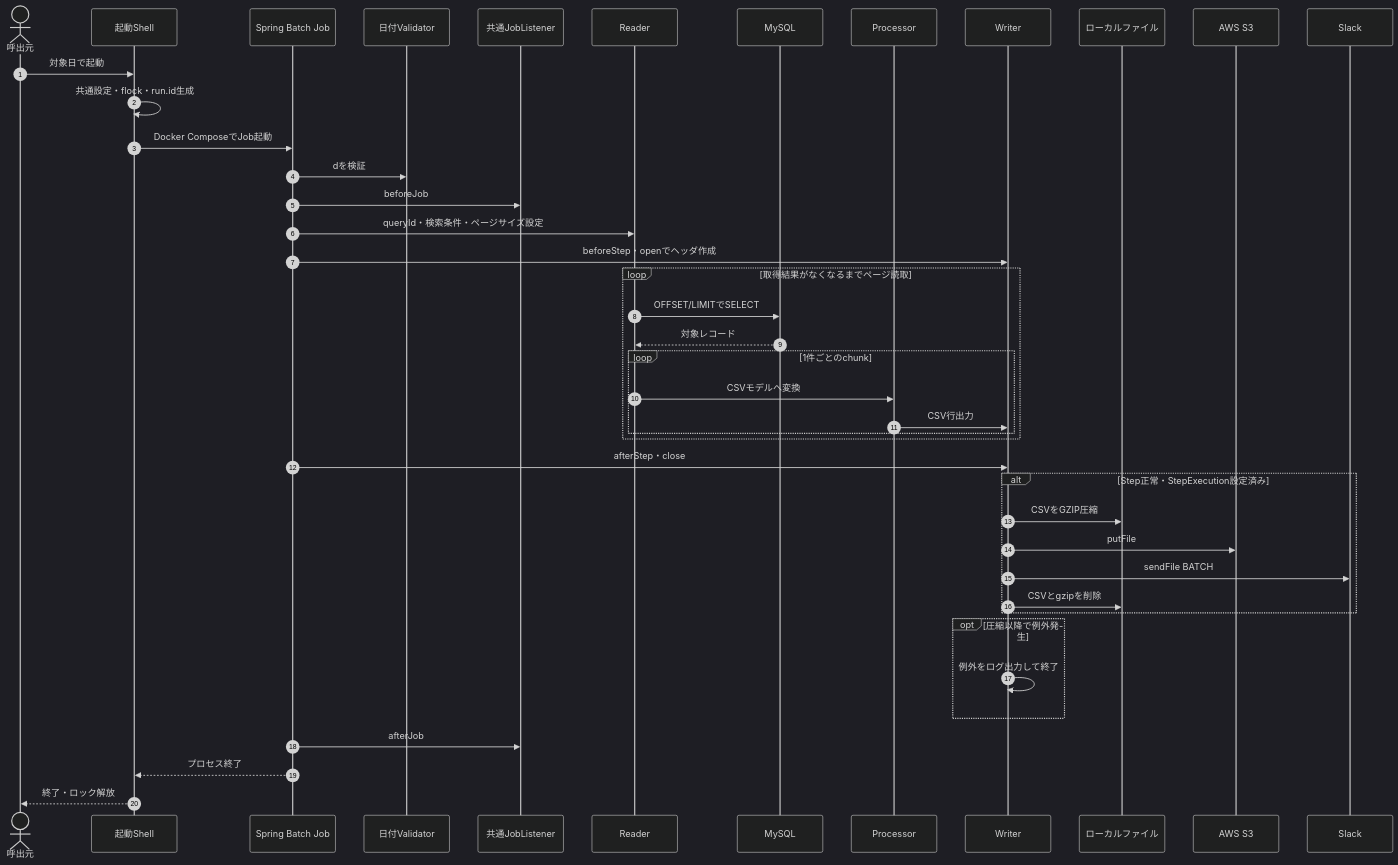
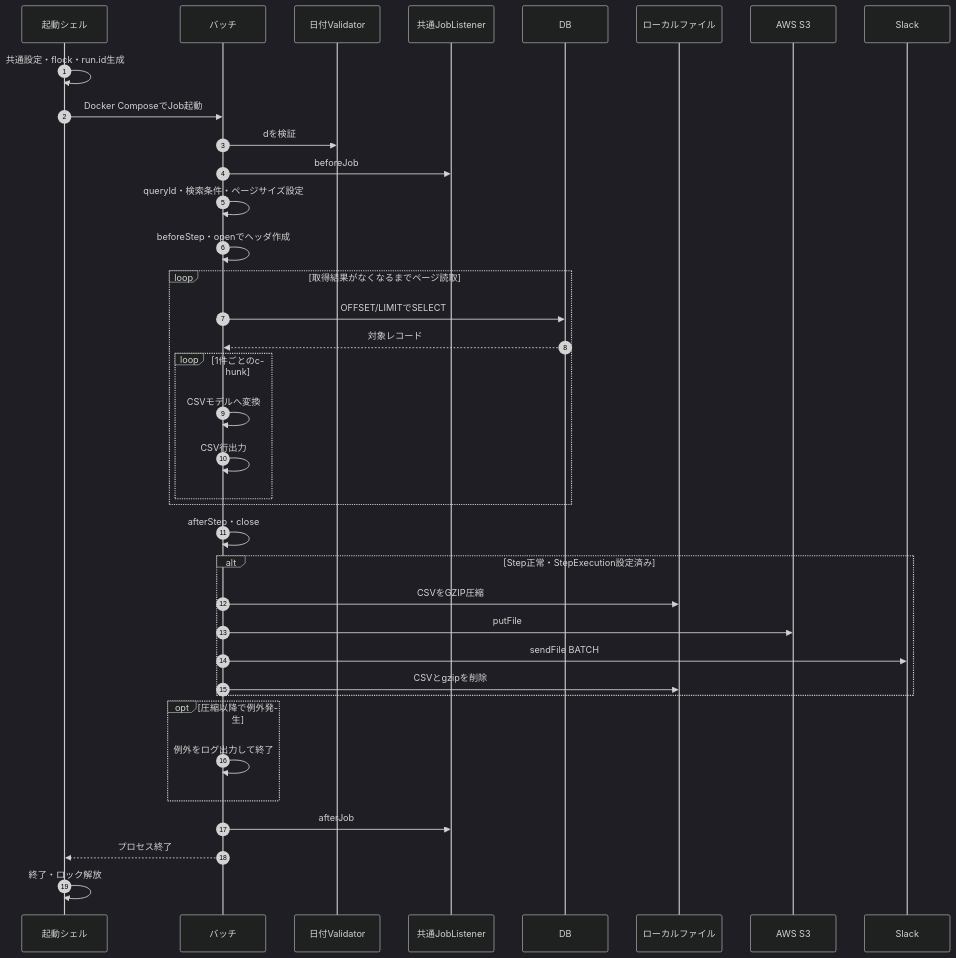
One commit to kohei-okazaki/work-3g changed the second of 2 diagrams in ha-docs/design/03_batch/設計書_3.6.日次健康情報データ分析連携バッチ.md. Above: the diagram before and after it, drawn with Mermaid (dark theme). The commit also changed other lines of this file and 12 other files, not shown here.

````diff
--- a/ha-docs/design/03_batch/設計書_3.6.日次健康情報データ分析連携バッチ.md
+++ b/ha-docs/design/03_batch/設計書_3.6.日次健康情報データ分析連携バッチ.md
@@ -136,44 +44,39 @@
 ```mermaid
 sequenceDiagram
     autonumber
-    actor Caller as 呼出元
-    participant Shell as 起動Shell
-    participant Job as Spring Batch Job
+    participant Shell as 起動シェル
+    participant Job as バッチ
     participant Validator as 日付Validator
     participant Listener as 共通JobListener
-    participant Reader as Reader
-    participant DB as MySQL
-    participant Processor as Processor
-    participant Writer as Writer
+    participant DB as DB
     participant FS as ローカルファイル
     participant S3 as AWS S3
     participant Slack as Slack
-    Caller->>Shell: 対象日で起動
     Shell->>Shell: 共通設定・flock・run.id生成
     Shell->>Job: Docker ComposeでJob起動
     Job->>Validator: dを検証
     Job->>Listener: beforeJob
-    Job->>Reader: queryId・検索条件・ページサイズ設定
-    Job->>Writer: beforeStep・openでヘッダ作成
+    Job->>Job: queryId・検索条件・ページサイズ設定
+    Job->>Job: beforeStep・openでヘッダ作成
     loop 取得結果がなくなるまでページ読取
-        Reader->>DB: OFFSET/LIMITでSELECT
-        DB-->>Reader: 対象レコード
+        Job->>DB: OFFSET/LIMITでSELECT
+        DB-->>Job: 対象レコード
         loop 1件ごとのchunk
-            Reader->>Processor: CSVモデルへ変換
-            Processor->>Writer: CSV行出力
+            Job->>Job: CSVモデルへ変換
+            Job->>Job: CSV行出力
         end
     end
-    Job->>Writer: afterStep・close
+    Job->>Job: afterStep・close
     alt Step正常・StepExecution設定済み
-        Writer->>FS: CSVをGZIP圧縮
-        Writer->>S3: putFile
-        Writer->>Slack: sendFile BATCH
-        Writer->>FS: CSVとgzipを削除
+        Job->>FS: CSVをGZIP圧縮
+        Job->>S3: putFile
+        Job->>Slack: sendFile BATCH
+        Job->>FS: CSVとgzipを削除
     end
     opt 圧縮以降で例外発生
-        Writer->>Writer: 例外をログ出力して終了
+        Job->>Job: 例外をログ出力して終了
     end
     Job->>Listener: afterJob
     Job-->>Shell: プロセス終了
-    Shell-->>Caller: 終了・ロック解放
+    Shell->>Shell: 終了・ロック解放
 ```
````
